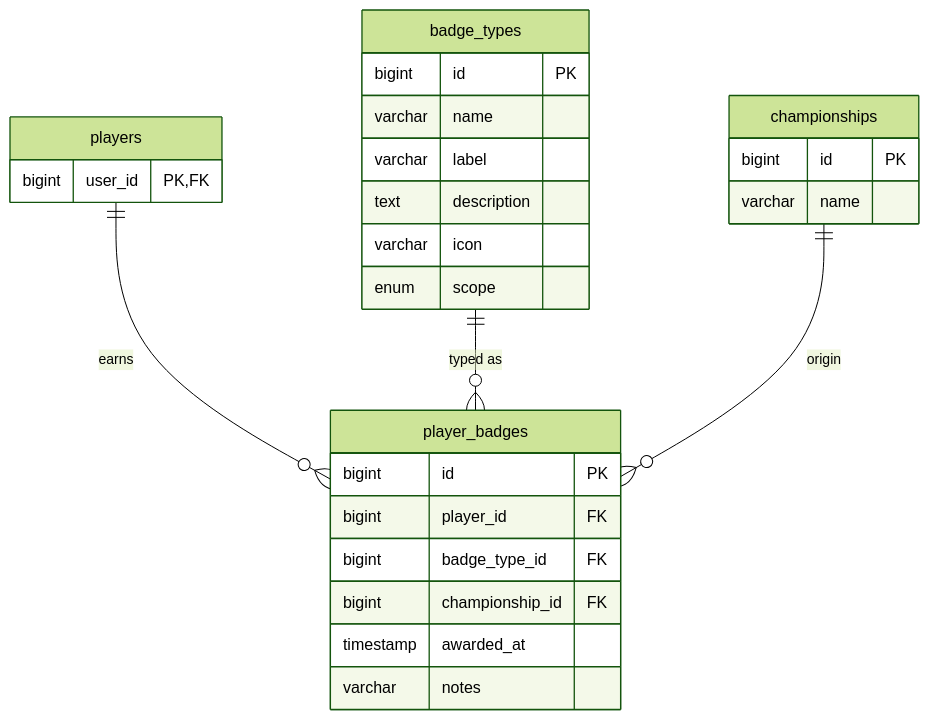
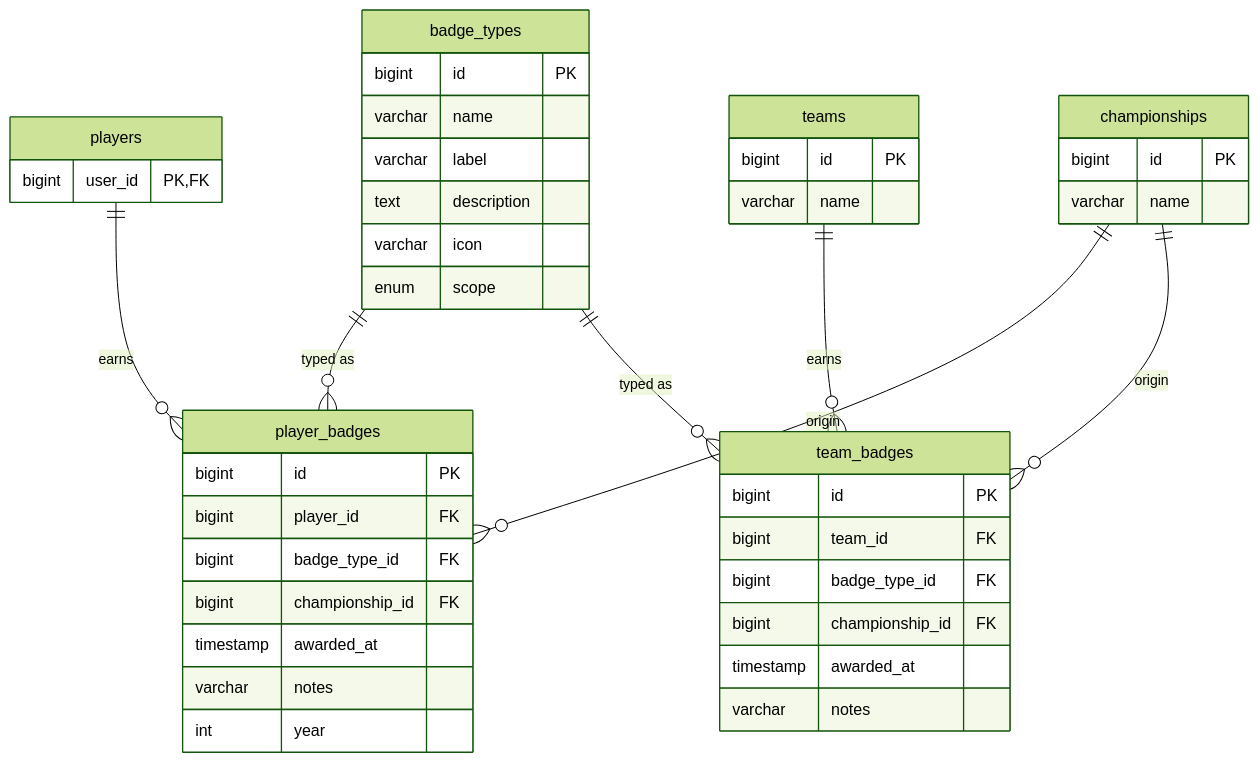
The sixth of 7 diagrams in docs/database/schema.md (marcospfms/myclub-core), drawn with Mermaid (forest theme) before and after one commit. The commit also changed other lines of this file and 7 other files, not shown here.

````diff
--- a/docs/database/schema.md
+++ b/docs/database/schema.md
@@ -817,30 +925,46 @@
 ```mermaid
 erDiagram
     players {
         bigint user_id PK,FK
+    }
+    teams {
+        bigint id PK
+        varchar name
     }
     badge_types {
         bigint id PK
         varchar name
         varchar label
         text description
         varchar icon
         enum scope
     }
     player_badges {
         bigint id PK
         bigint player_id FK
         bigint badge_type_id FK
         bigint championship_id FK
         timestamp awarded_at
         varchar notes
+        int year
+    }
+    team_badges {
+        bigint id PK
+        bigint team_id FK
+        bigint badge_type_id FK
+        bigint championship_id FK
+        timestamp awarded_at
+        varchar notes
     }
     championships {
         bigint id PK
         varchar name
     }
 
     players ||--o{ player_badges : "earns"
     badge_types ||--o{ player_badges : "typed as"
     championships ||--o{ player_badges : "origin"
+    teams ||--o{ team_badges : "earns"
+    badge_types ||--o{ team_badges : "typed as"
+    championships ||--o{ team_badges : "origin"
 ```
````
